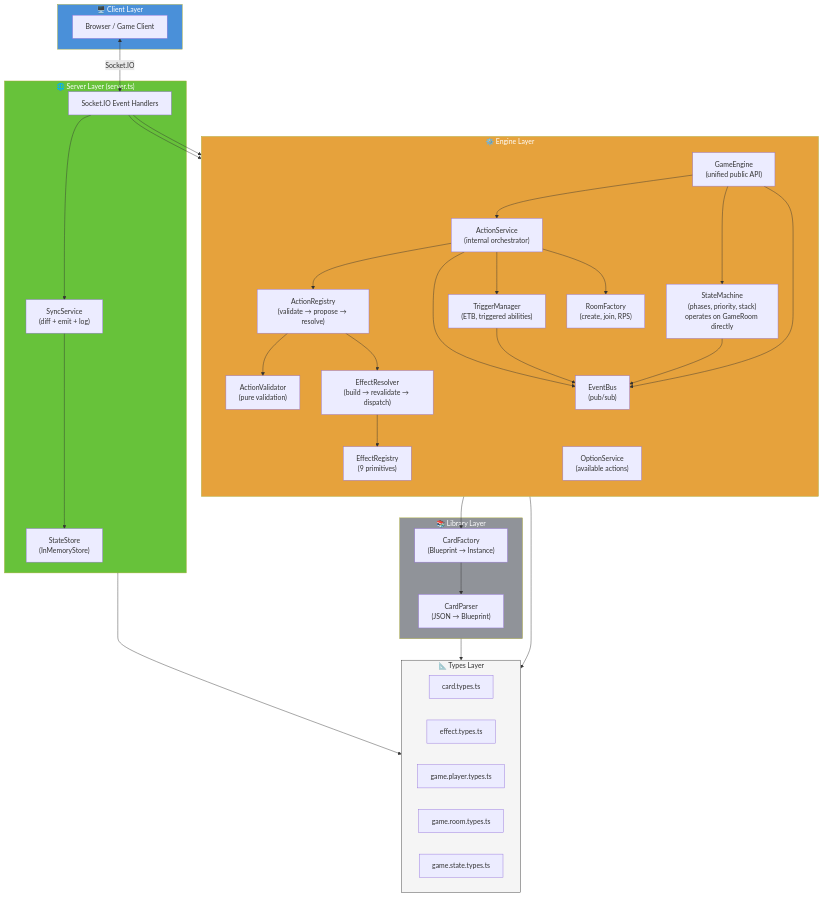
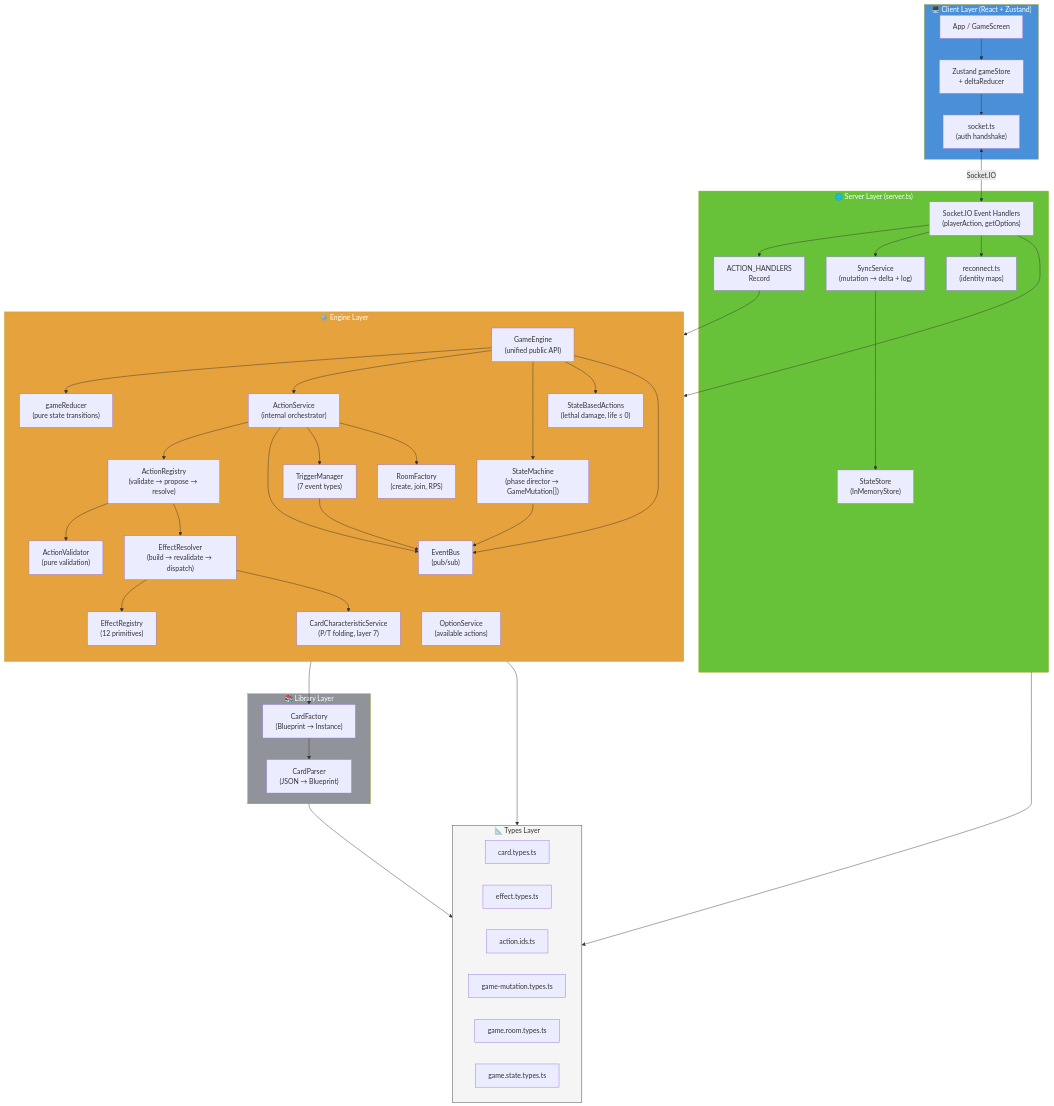
Before and after one commit to sschan39/card-game: the fifth of 5 diagrams in ARCHITECTURE.md, drawn with Mermaid. The commit also changed other lines of this file, not shown here.

````diff
--- a/ARCHITECTURE.md
+++ b/ARCHITECTURE.md
@@ -580,26 +779,33 @@
 ```mermaid
 flowchart TB
-    subgraph Client["🖥️ Client Layer"]
-        UI["Browser / Game Client"]
+    subgraph Client["🖥️ Client Layer (React + Zustand)"]
+        UI["App / GameScreen"]
+        STORE["Zustand gameStore\n+ deltaReducer"]
+        SOCKC["socket.ts\n(auth handshake)"]
     end
 
     subgraph Server["🌐 Server Layer (server.ts)"]
-        SOCK["Socket.IO Event Handlers"]
-        SYNC["SyncService\n(diff + emit + log)"]
-        STORE["StateStore\n(InMemoryStore)"]
+        SOCK["Socket.IO Event Handlers\n(playerAction, getOptions)"]
+        AH["ACTION_HANDLERS\nRecord<ActionId, Handler>"]
+        SYNC["SyncService\n(mutation → delta + log)"]
+        STORE_S["StateStore\n(InMemoryStore)"]
+        RECON["reconnect.ts\n(identity maps)"]
     end
 
     subgraph Engine["⚙️ Engine Layer"]
         direction TB
         GE["GameEngine\n(unified public API)"]
+        RED["gameReducer\n(pure state transitions)"]
         AS["ActionService\n(internal orchestrator)"]
         AR["ActionRegistry\n(validate → propose → resolve)"]
         AV["ActionValidator\n(pure validation)"]
-        SM["StateMachine\n(phases, priority, stack)\noperates on GameRoom directly"]
+        SM["StateMachine\n(phase director → GameMutation[])"]
+        SBA["StateBasedActions\n(lethal damage, life ≤ 0)"]
+        CCS["CardCharacteristicService\n(P/T folding, layer 7)"]
         EB["EventBus\n(pub/sub)"]
         ER["EffectResolver\n(build → revalidate → dispatch)"]
-        EREG["EffectRegistry\n(9 primitives)"]
-        TM["TriggerManager\n(ETB, triggered abilities)"]
+        EREG["EffectRegistry\n(12 primitives)"]
+        TM["TriggerManager\n(7 event types)"]
         OS["OptionService\n(available actions)"]
         RF["RoomFactory\n(create, join, RPS)"]
     end
@@ -612,19 +818,26 @@
     subgraph Types["📐 Types Layer"]
         T1["card.types.ts"]
         T2["effect.types.ts"]
-        T3["game.player.types.ts"]
-        T4["game.room.types.ts"]
-        T5["game.state.types.ts"]
+        T3["action.ids.ts"]
+        T4["game-mutation.types.ts"]
+        T5["game.room.types.ts"]
+        T6["game.state.types.ts"]
     end
 
-    UI <-->|"Socket.IO"| SOCK
-    SOCK --> GE
+    UI --> STORE
+    STORE --> SOCKC
+    SOCKC <-->|Socket.IO| SOCK
+    SOCK --> AH
+    AH --> GE
     SOCK --> OS
     SOCK --> SYNC
-    SYNC --> STORE
+    SOCK --> RECON
+    SYNC --> STORE_S
 
+    GE --> RED
     GE --> AS
     GE --> SM
+    GE --> SBA
     GE --> EB
     AS --> AR
     AS --> EB
@@ -632,6 +845,7 @@
     AR --> AV
     AR --> ER
     ER --> EREG
+    ER --> CCS
     SM --> EB
     TM --> EB
     AS --> RF
````
